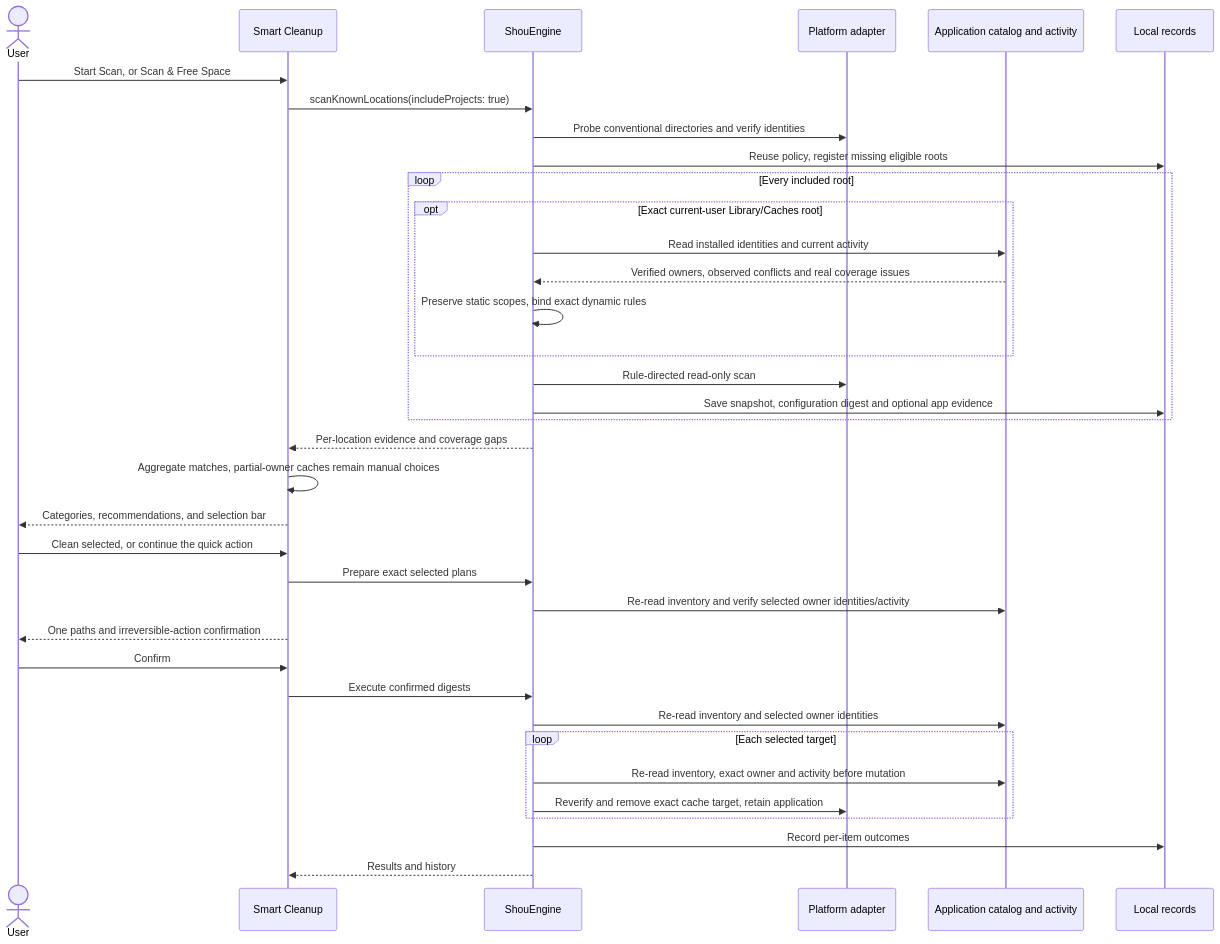
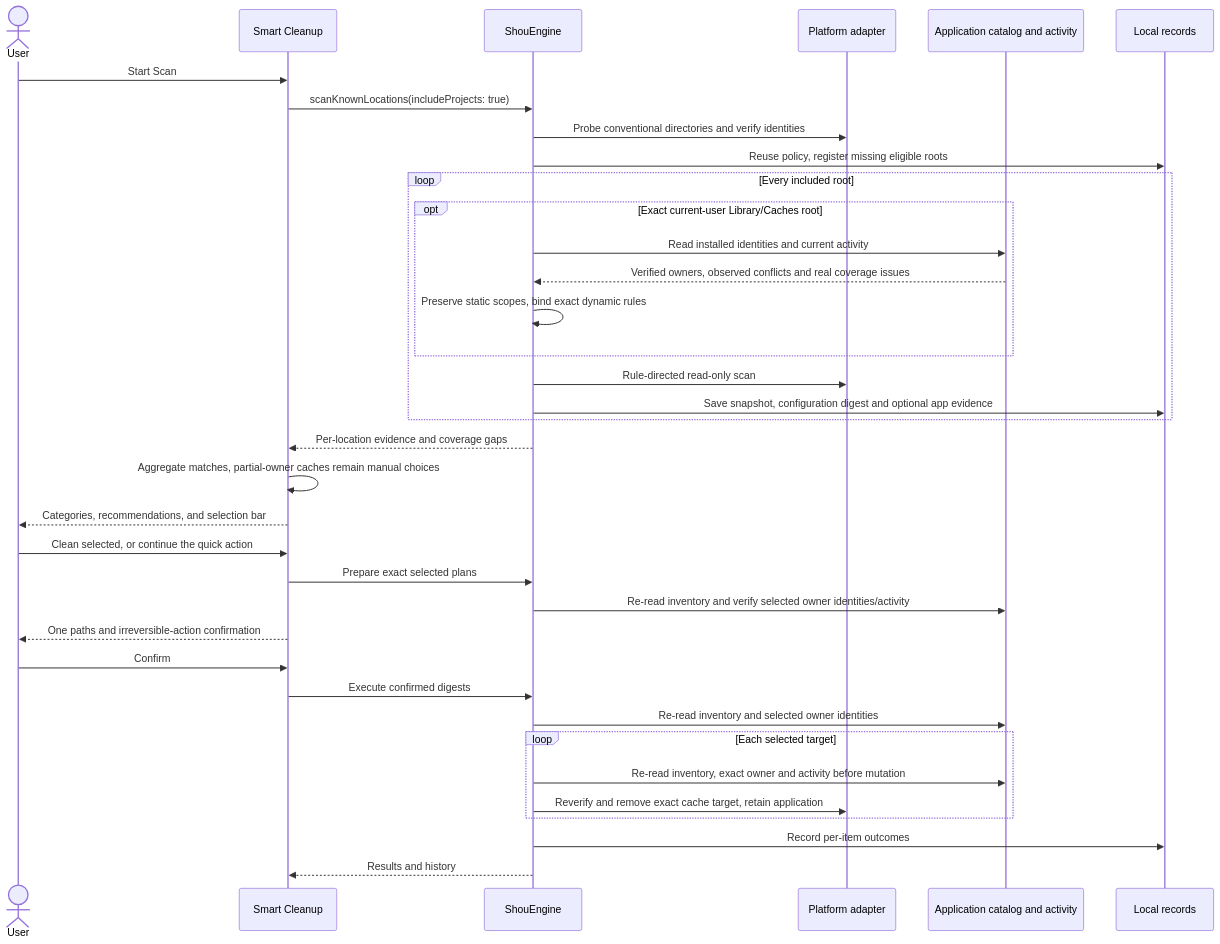
One commit to limecloud/shou changed the fifth of 5 diagrams in docs/product/unified-cleanup.md. Above: the diagram before and after it, drawn with Mermaid. The commit also changed other lines of this file and 270 other files, not shown here.

````diff
--- a/docs/product/unified-cleanup.md
+++ b/docs/product/unified-cleanup.md
@@ -177,38 +177,38 @@
 ```mermaid
 sequenceDiagram
   actor User
   participant UI as Smart Cleanup
   participant Engine as ShouEngine
   participant FS as Platform adapter
   participant Apps as Application catalog and activity
   participant Store as Local records
-  User->>UI: Start Scan, or Scan & Free Space
+  User->>UI: Start Scan
   UI->>Engine: scanKnownLocations(includeProjects: true)
   Engine->>FS: Probe conventional directories and verify identities
   Engine->>Store: Reuse policy, register missing eligible roots
   loop Every included root
     opt Exact current-user Library/Caches root
       Engine->>Apps: Read installed identities and current activity
       Apps-->>Engine: Verified owners, observed conflicts and real coverage issues
       Engine->>Engine: Preserve static scopes, bind exact dynamic rules
     end
     Engine->>FS: Rule-directed read-only scan
     Engine->>Store: Save snapshot, configuration digest and optional app evidence
   end
   Engine-->>UI: Per-location evidence and coverage gaps
   UI->>UI: Aggregate matches, partial-owner caches remain manual choices
   UI-->>User: Categories, recommendations, and selection bar
   User->>UI: Clean selected, or continue the quick action
   UI->>Engine: Prepare exact selected plans
   Engine->>Apps: Re-read inventory and verify selected owner identities/activity
   UI-->>User: One paths and irreversible-action confirmation
   User->>UI: Confirm
   UI->>Engine: Execute confirmed digests
   Engine->>Apps: Re-read inventory and selected owner identities
   loop Each selected target
     Engine->>Apps: Re-read inventory, exact owner and activity before mutation
     Engine->>FS: Reverify and remove exact cache target, retain application
   end
   Engine->>Store: Record per-item outcomes
   Engine-->>UI: Results and history
 ```
````
